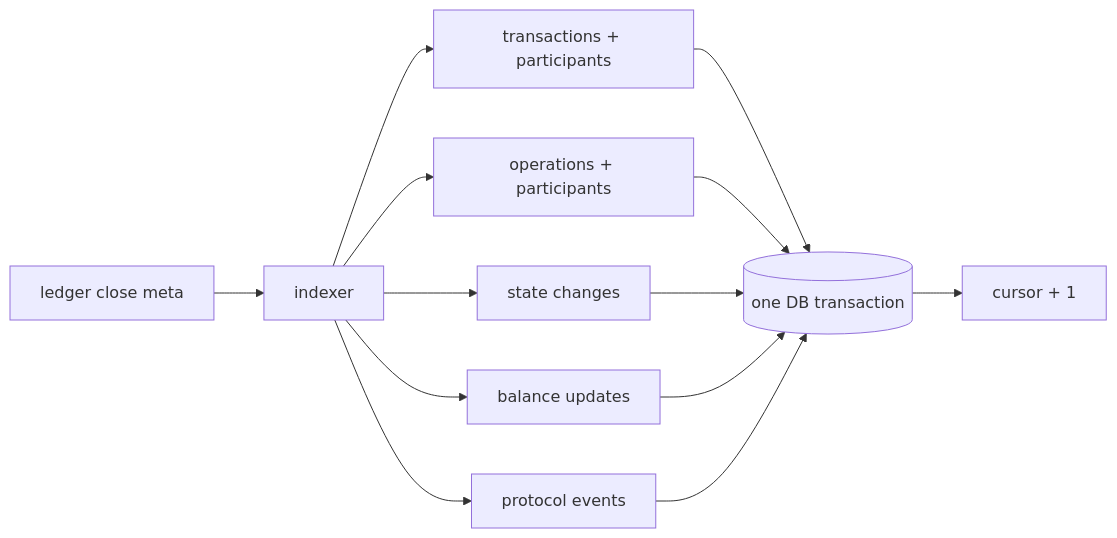
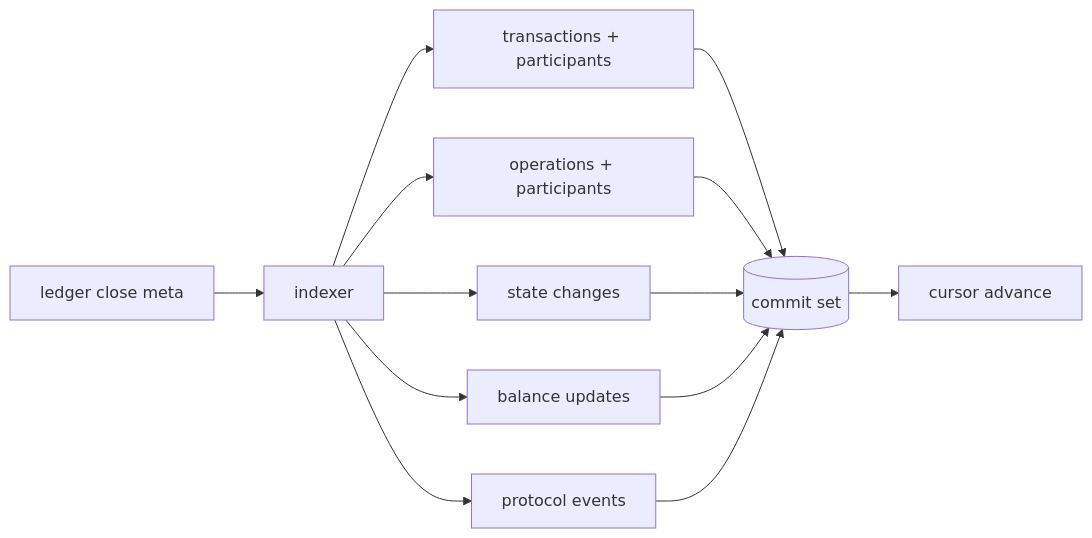
One commit to stellar/wallet-backend changed the second of 2 diagrams in docs/architecture/overview.md. Above: the diagram before and after it, drawn with Mermaid. The commit also changed other lines of this file and 5 other files, not shown here.

````diff
--- a/docs/architecture/overview.md
+++ b/docs/architecture/overview.md
@@ -44,11 +44,11 @@
 ```mermaid
 flowchart LR
     L[ledger close meta] --> IX[indexer]
     IX --> T[transactions + participants]
     IX --> O[operations + participants]
     IX --> SC[state changes]
     IX --> B[balance updates]
     IX --> P[protocol events]
-    T & O & SC & B & P --> TX[(one DB transaction)]
-    TX --> CUR[cursor + 1]
+    T & O & SC & B & P --> TX[(commit set)]
+    TX --> CUR[cursor advance]
 ```
````
